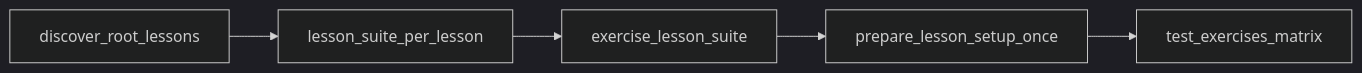
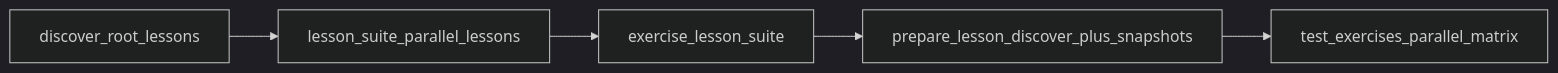
One commit to morbargig/linux-practice changed the diagram in docs/teacher-guide.md. Above: the diagram before and after it, drawn with Mermaid (dark theme). The commit also changed other lines of this file and 2 other files, not shown here.

First line of the commit message:
ci: speed up workflows — parallel jobs, merged prepare, lean aggregate

````diff
--- a/docs/teacher-guide.md
+++ b/docs/teacher-guide.md
@@ -86,12 +86,12 @@
 ```mermaid
 flowchart LR
   discoverRoot[discover_root_lessons]
-  lessonWave[lesson_suite_per_lesson]
+  lessonWave[lesson_suite_parallel_lessons]
   reusableRun[exercise_lesson_suite]
-  prepareLab[prepare_lesson_setup_once]
-  exercisesInner[test_exercises_matrix]
+  prepareLab[prepare_lesson_discover_plus_snapshots]
+  exercisesInner[test_exercises_parallel_matrix]
   discoverRoot --> lessonWave
   lessonWave --> reusableRun
   reusableRun --> prepareLab
   prepareLab --> exercisesInner
 ```
````
